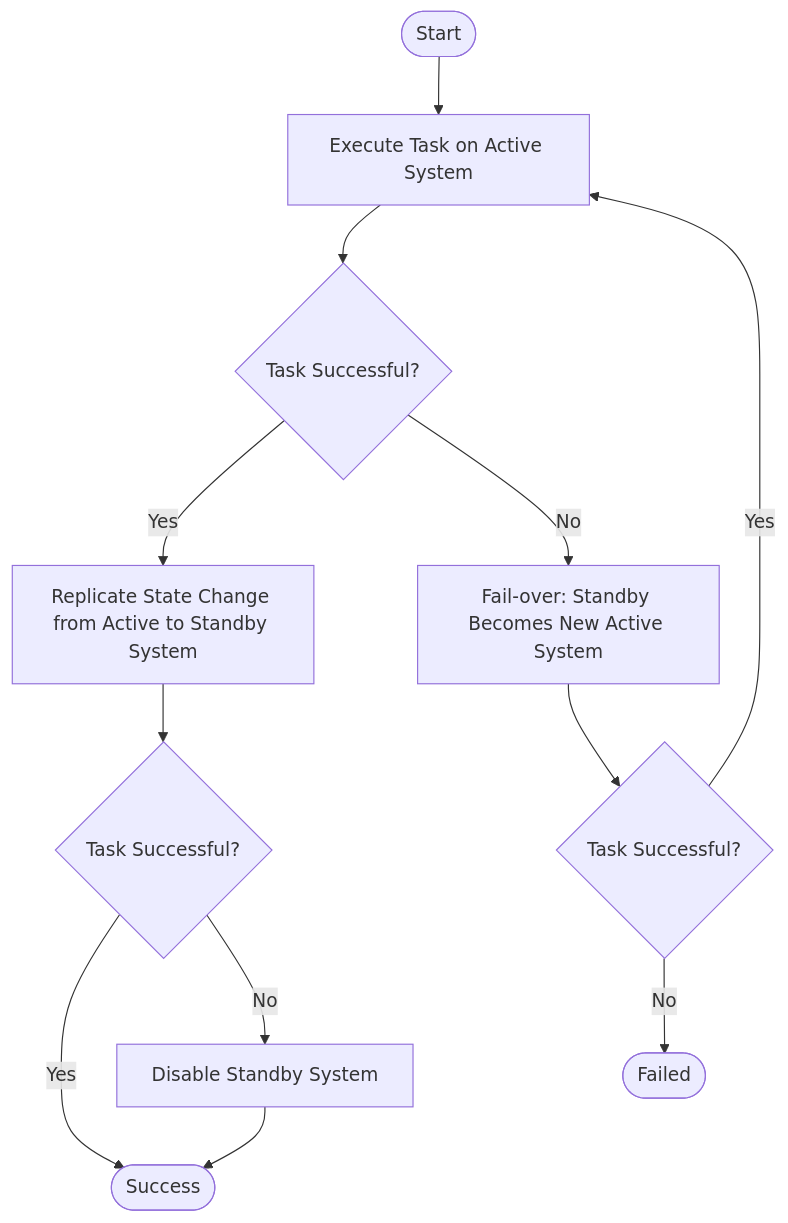
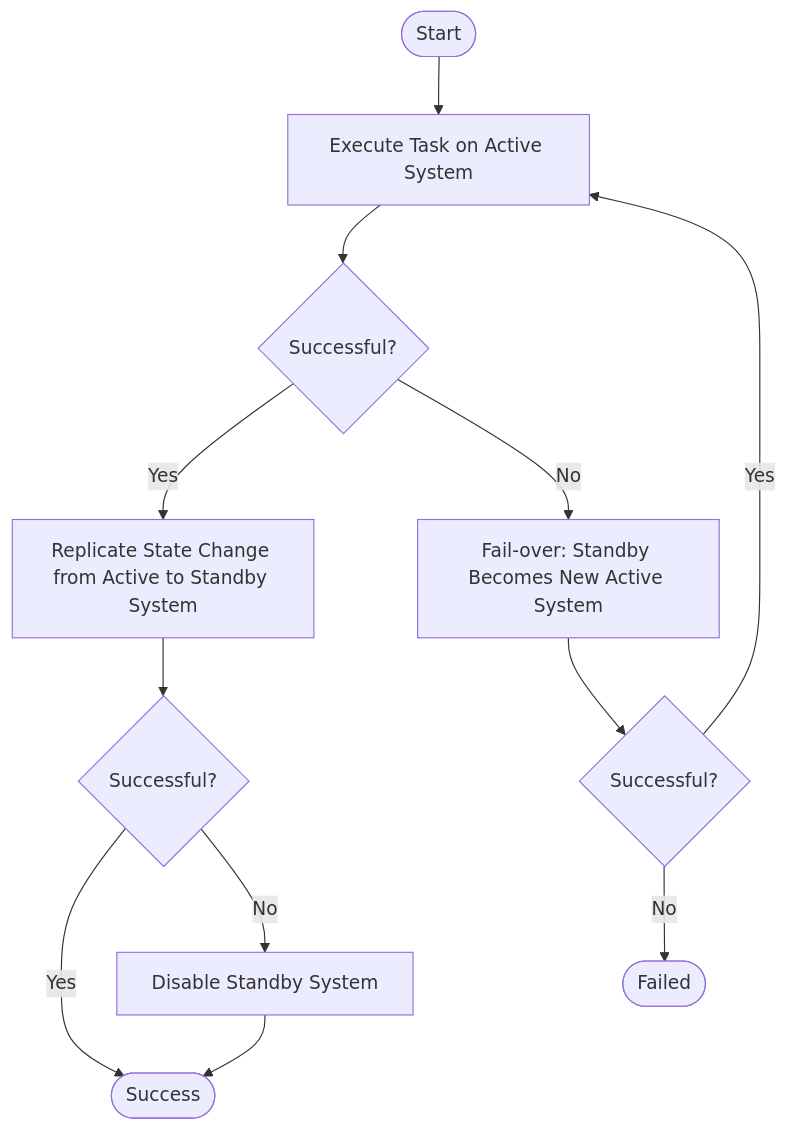
One commit to ORNL/intersect-architecture changed the diagram in sos/logical/resilience/active_standby/workflow.mmd. Above: the diagram before and after it, drawn with Mermaid. The commit also changed 2 other files, not shown here.

```diff
--- a/sos/logical/resilience/active_standby/workflow.mmd
+++ b/sos/logical/resilience/active_standby/workflow.mmd
@@ -1,12 +1,12 @@
 flowchart TD
     A(["Start"]) --> B["Execute Task on Active System"]
-    B --> C{"Task Successful?"}
+    B --> C{"Successful?"}
     C -->|Yes| D["Replicate State Change from Active to Standby System"]
     C -->|No| E["Fail-over: Standby Becomes New Active System"]
-    E --> F{"Task Successful?"}
+    E --> F{"Successful?"}
     F -->|Yes| B
     F -->|No| G(["Failed"])
-    D --> H{"Task Successful?"}
+    D --> H{"Successful?"}
     H -->|Yes| I(["Success"])
     H -->|No| J["Disable Standby System"]
     J --> I
```
